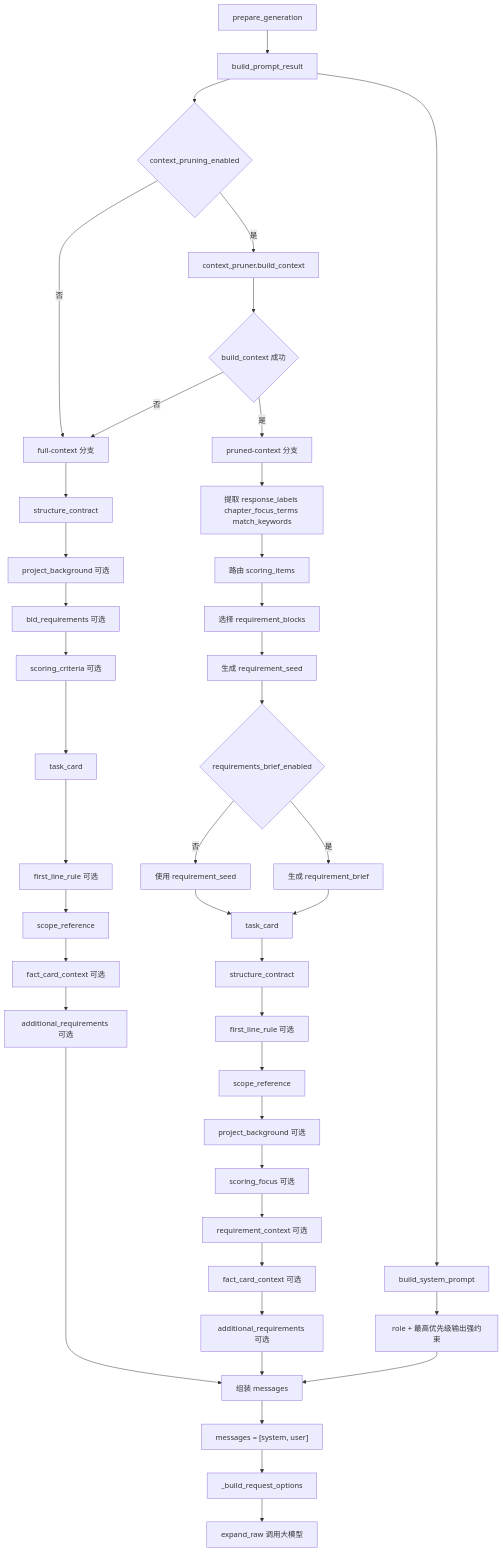
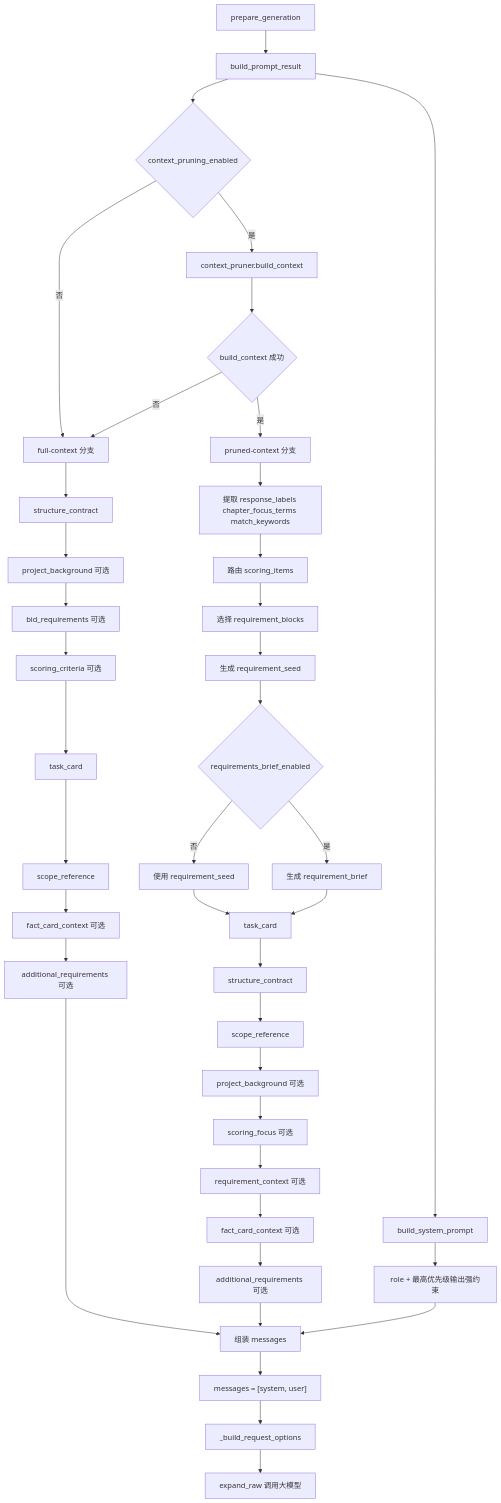
Before and after one commit to Mykeyb2004/Bidx_pc: the diagram in docs/prompt_contract.md, drawn with Mermaid. The commit also changed other lines of this file and 19 other files, not shown here.

````diff
--- a/docs/prompt_contract.md
+++ b/docs/prompt_contract.md
@@ -702,49 +681,47 @@
 ```mermaid
 flowchart TD
     A[prepare_generation] --> B[build_prompt_result]
     B --> C{context_pruning_enabled}
     C -- 否 --> D[full-context 分支]
     C -- 是 --> E[context_pruner.build_context]
     E --> F{build_context 成功}
     F -- 否 --> D
     F -- 是 --> G[pruned-context 分支]
 
     G --> G1[提取 response_labels chapter_focus_terms match_keywords]
     G1 --> G2[路由 scoring_items]
     G2 --> G3[选择 requirement_blocks]
     G3 --> G4[生成 requirement_seed]
     G4 --> G5{requirements_brief_enabled}
     G5 -- 否 --> G6[使用 requirement_seed]
     G5 -- 是 --> G7[生成 requirement_brief]
 
     D --> D1[structure_contract]
     D1 --> D2[project_background 可选]
     D2 --> D3[bid_requirements 可选]
     D3 --> D4[scoring_criteria 可选]
     D4 --> D5[task_card]
-    D5 --> D6[first_line_rule 可选]
-    D6 --> D7[scope_reference]
+    D5 --> D7[scope_reference]
     D7 --> D8[fact_card_context 可选]
     D8 --> D9[additional_requirements 可选]
 
     G6 --> P1[task_card]
     G7 --> P1
     P1 --> P2[structure_contract]
-    P2 --> P3[first_line_rule 可选]
-    P3 --> P4[scope_reference]
+    P2 --> P4[scope_reference]
     P4 --> P5[project_background 可选]
     P5 --> P6[scoring_focus 可选]
     P6 --> P7[requirement_context 可选]
     P7 --> P8[fact_card_context 可选]
     P8 --> P9[additional_requirements 可选]
 
     B --> I[build_system_prompt]
     I --> J[role + 最高优先级输出强约束]
 
     D9 --> K[组装 messages]
     P9 --> K
     J --> K
     K --> L["messages = [system, user]"]
     L --> M[_build_request_options]
     M --> N[expand_raw 调用大模型]
 ```
````
